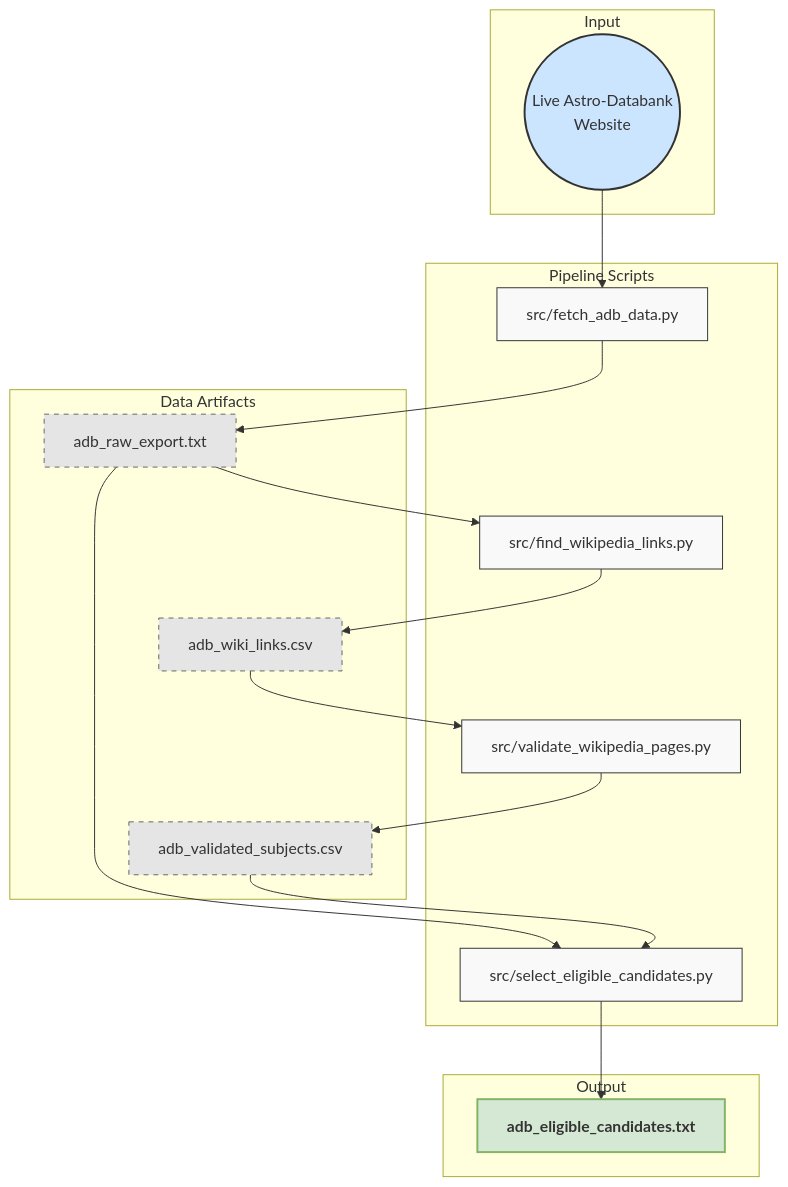
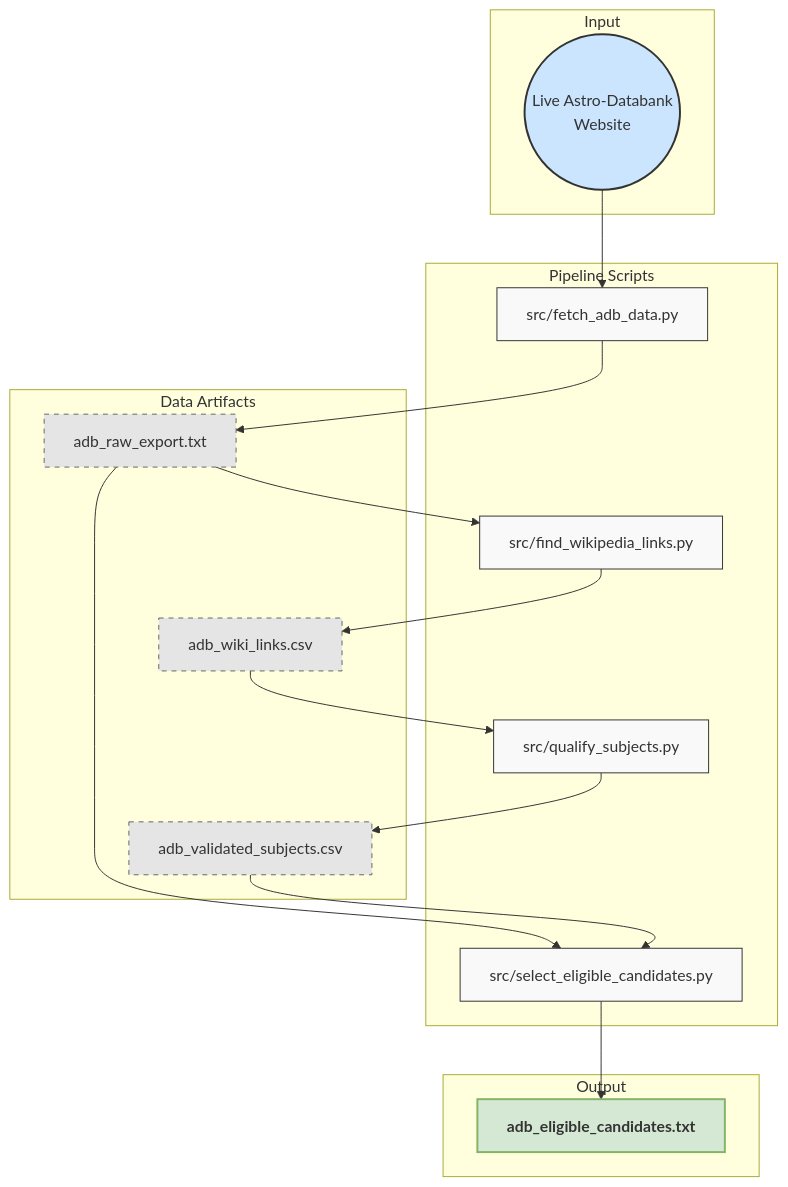
Before and after one commit to peterjmarko/llm-narrative-framework: the diagram in docs/diagrams/flow_prep_1_qualification.mmd, drawn with Mermaid. The commit also changed 19 other files, not shown here.

```diff
--- a/docs/diagrams/flow_prep_1_qualification.mmd
+++ b/docs/diagrams/flow_prep_1_qualification.mmd
@@ -1,40 +1,40 @@
 graph TD
     classDef process fill:#f9f9f9,stroke:#333,stroke-width:1px
     classDef artifact fill:#e5e5e5,stroke:#666,stroke-width:1px,stroke-dasharray: 5 5
     classDef source fill:#cce5ff,stroke:#333,stroke-width:2px
     classDef finalProduct fill:#d5e8d4,stroke:#82b366,stroke-width:2px,font-weight:bold
 
     subgraph "Input"
         adb_source(("Live Astro-Databank<br/>Website")):::source
     end
 
     subgraph "Pipeline Scripts"
         fetch[src/fetch_adb_data.py]:::process
         find_links[src/find_wikipedia_links.py]:::process
-        validate[src/validate_wikipedia_pages.py]:::process
+        validate[src/qualify_subjects.py]:::process
         select_eligible[src/select_eligible_candidates.py]:::process
     end
 
     subgraph "Data Artifacts"
         raw_export[adb_raw_export.txt]:::artifact
         wiki_links[adb_wiki_links.csv]:::artifact
         validated_subjects[adb_validated_subjects.csv]:::artifact
     end
     
     subgraph "Output"
         eligible_candidates[adb_eligible_candidates.txt]:::finalProduct
     end
 
     adb_source --> fetch
     fetch --> raw_export
 
     raw_export --> find_links
     find_links --> wiki_links
     
     wiki_links --> validate
     validate --> validated_subjects
     
     raw_export --> select_eligible
     validated_subjects --> select_eligible
     
     select_eligible --> eligible_candidates
```
